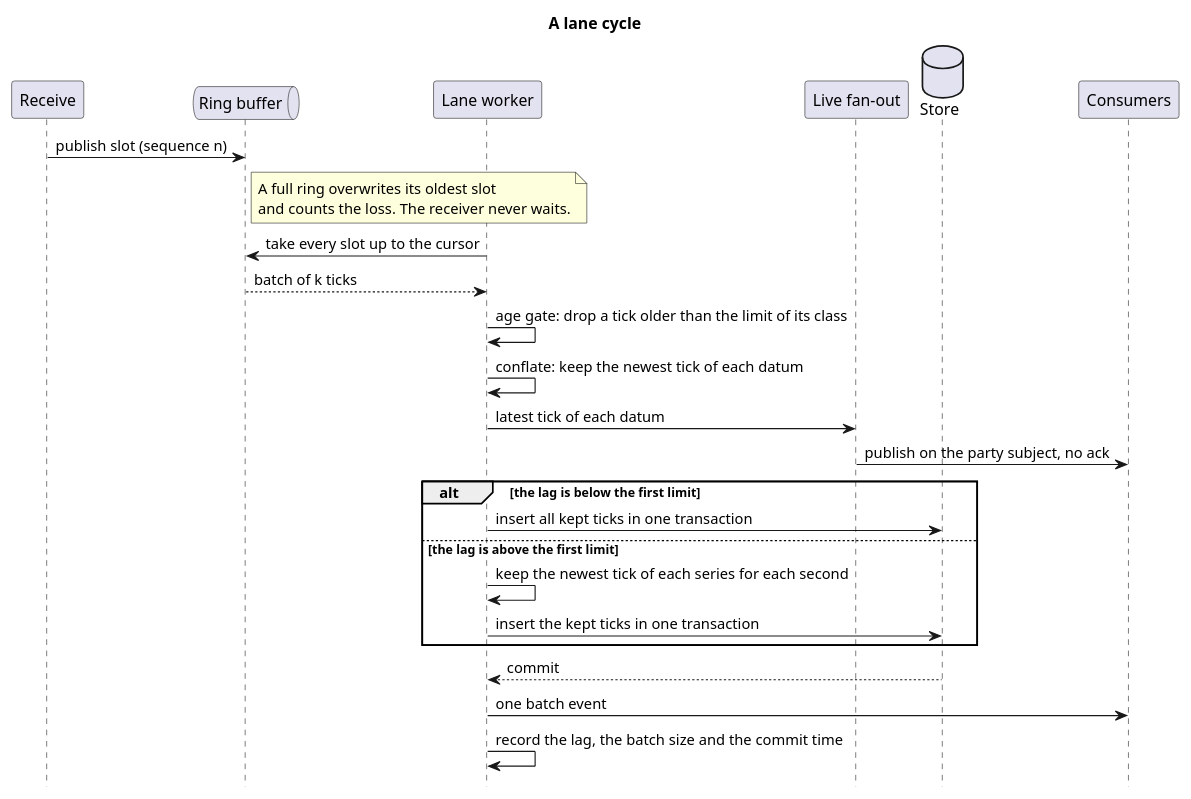
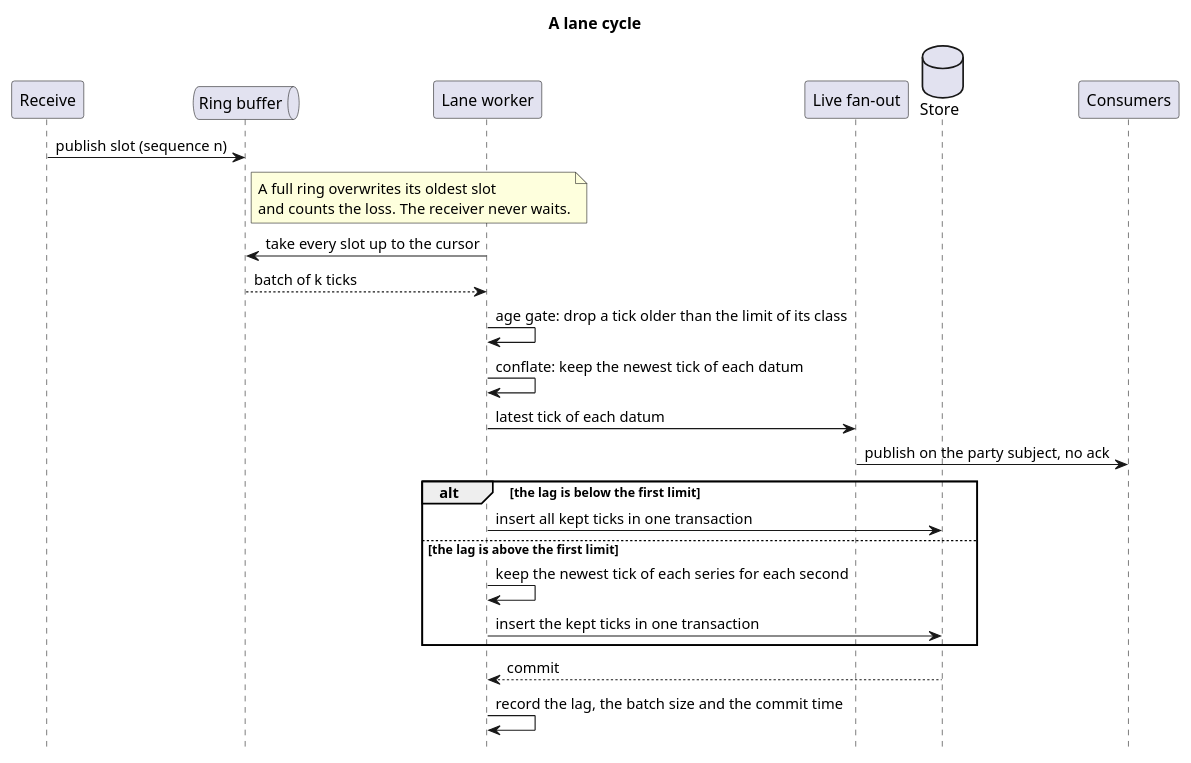
One commit to OreStudio/OreStudio changed the diagram in doc/knowledge/architecture/tick_ingest_lane_cycle.puml. Above: the diagram before and after it, drawn with PlantUML. The commit also changed 4 other files, not shown here.

```diff
--- a/doc/knowledge/architecture/tick_ingest_lane_cycle.puml
+++ b/doc/knowledge/architecture/tick_ingest_lane_cycle.puml
@@ -18,41 +18,40 @@
 @startuml
 
 title A lane cycle
 
 hide footbox
 skinparam sequenceMessageAlign left
 
 participant "Receive" as recv
 queue "Ring buffer" as ring
 participant "Lane worker" as lane
 participant "Live fan-out" as live
 database "Store" as db
 participant "Consumers" as cons
 
 recv -> ring : publish slot (sequence n)
 note right of ring
     A full ring overwrites its oldest slot
     and counts the loss. The receiver never waits.
 end note
 
 lane -> ring : take every slot up to the cursor
 ring --> lane : batch of k ticks
 
 lane -> lane : age gate: drop a tick older than the limit of its class
 lane -> lane : conflate: keep the newest tick of each datum
 
 lane -> live : latest tick of each datum
 live -> cons : publish on the party subject, no ack
 
 alt the lag is below the first limit
     lane -> db : insert all kept ticks in one transaction
 else the lag is above the first limit
     lane -> lane : keep the newest tick of each series for each second
     lane -> db : insert the kept ticks in one transaction
 end
 
 db --> lane : commit
-lane -> cons : one batch event
 lane -> lane : record the lag, the batch size and the commit time
 
 @enduml
```
